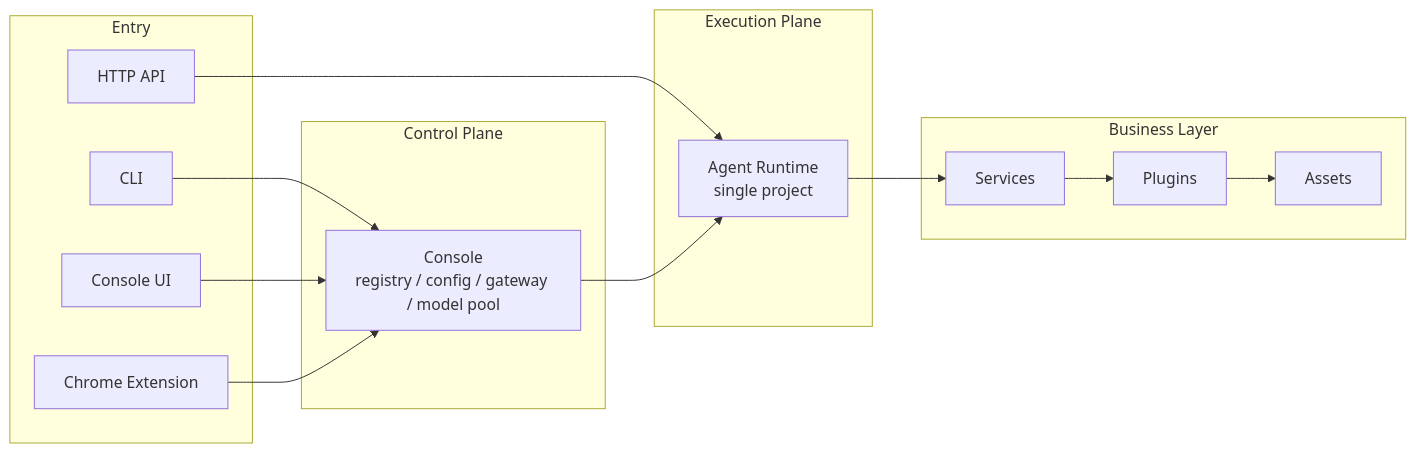
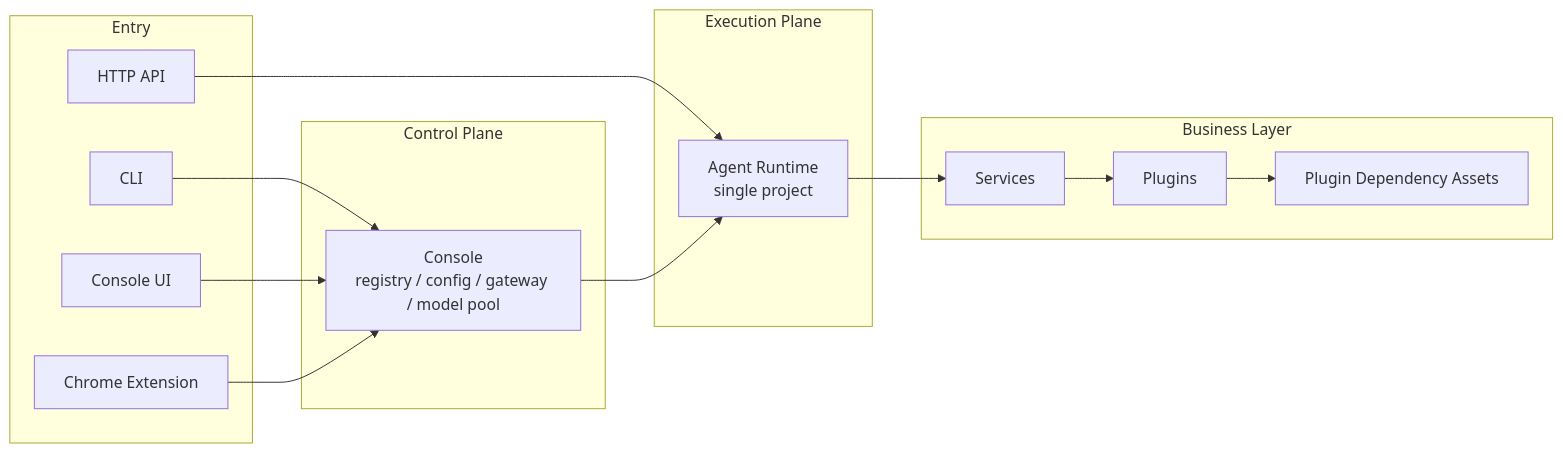
One commit to wangenius/downcity changed the first of 2 diagrams in homepage/content/devdocs/en/architecture/system-logic.mdx. Above: the diagram before and after it, drawn with Mermaid. The commit also changed other lines of this file and 248 other files, not shown here.

````diff
--- a/homepage/content/devdocs/en/architecture/system-logic.mdx
+++ b/homepage/content/devdocs/en/architecture/system-logic.mdx
@@ -19,32 +19,32 @@
 ```mermaid
 flowchart LR
   subgraph Entry["Entry"]
     CLI["CLI"]
     UI["Console UI"]
     EXT["Chrome Extension"]
     API["HTTP API"]
   end
 
   subgraph Control["Control Plane"]
     CONSOLE["Console<br/>registry / config / gateway / model pool"]
   end
 
   subgraph Runtime["Execution Plane"]
     AGENT["Agent Runtime<br/>single project"]
   end
 
   subgraph Business["Business Layer"]
     SERVICES["Services"]
     PLUGINS["Plugins"]
-    ASSETS["Assets"]
+    ASSETS["Plugin Dependency Assets"]
   end
 
   CLI --> CONSOLE
   UI --> CONSOLE
   EXT --> CONSOLE
   API --> AGENT
   CONSOLE --> AGENT
   AGENT --> SERVICES
   SERVICES --> PLUGINS
   PLUGINS --> ASSETS
 ```
````
